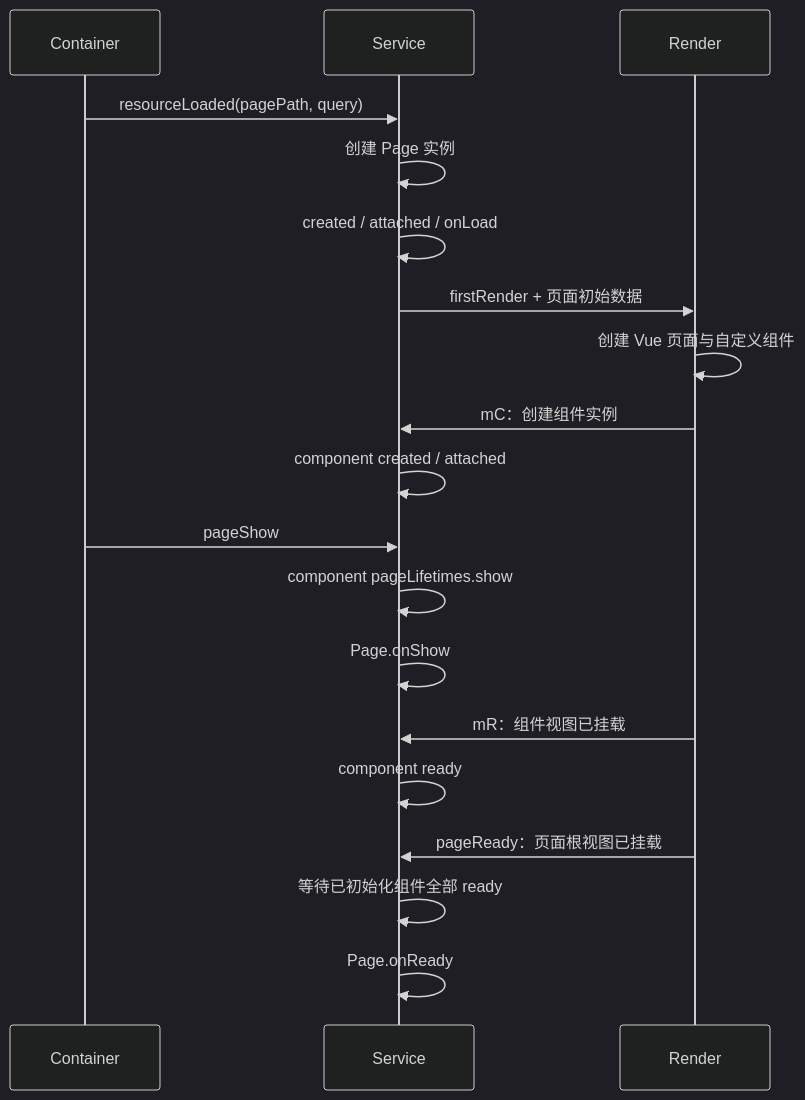
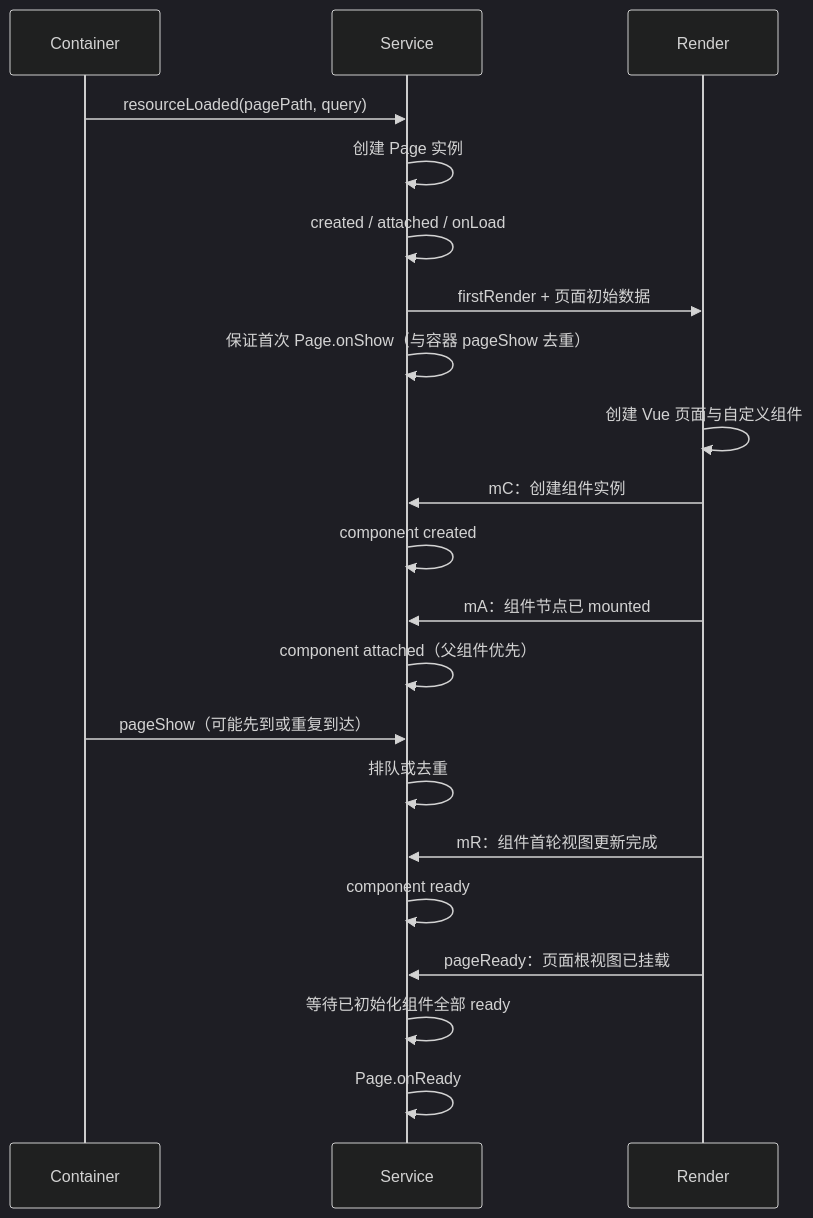
One commit to sternelee/dimina changed the first of 2 diagrams in docs/Architecture-Lifecycle.md. Above: the diagram before and after it, drawn with Mermaid (dark theme). The commit also changed other lines of this file and 18 other files, not shown here.

````diff
--- a/docs/Architecture-Lifecycle.md
+++ b/docs/Architecture-Lifecycle.md
@@ -19,25 +19,27 @@
 ```mermaid
 sequenceDiagram
     participant C as Container
     participant S as Service
     participant R as Render
 
     C->>S: resourceLoaded(pagePath, query)
     S->>S: 创建 Page 实例
     S->>S: created / attached / onLoad
     S->>R: firstRender + 页面初始数据
+    S->>S: 保证首次 Page.onShow（与容器 pageShow 去重）
 
     R->>R: 创建 Vue 页面与自定义组件
     R->>S: mC：创建组件实例
-    S->>S: component created / attached
+    S->>S: component created
+    R->>S: mA：组件节点已 mounted
+    S->>S: component attached（父组件优先）
 
-    C->>S: pageShow
-    S->>S: component pageLifetimes.show
-    S->>S: Page.onShow
+    C->>S: pageShow（可能先到或重复到达）
+    S->>S: 排队或去重
 
-    R->>S: mR：组件视图已挂载
+    R->>S: mR：组件首轮视图更新完成
     S->>S: component ready
     R->>S: pageReady：页面根视图已挂载
     S->>S: 等待已初始化组件全部 ready
     S->>S: Page.onReady
 ```
````
